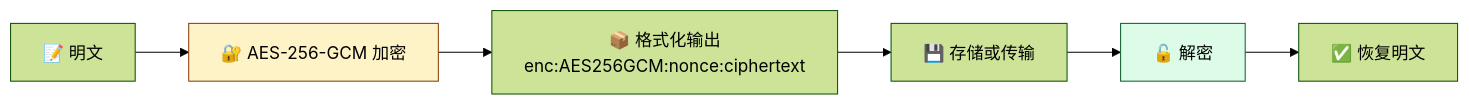
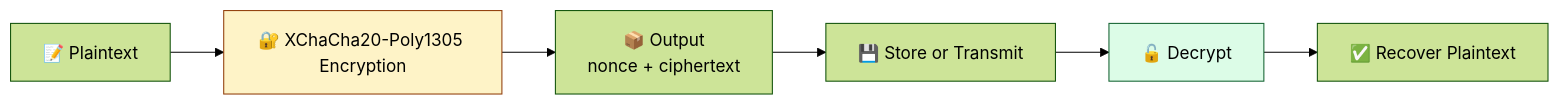
Before and after one commit to Kirky-X/confers: the third of 3 diagrams in docs/API_REFERENCE.md, drawn with Mermaid (forest theme). The commit also changed other lines of this file and 6 other files, not shown here.

````diff
--- a/docs/API_REFERENCE.md
+++ b/docs/API_REFERENCE.md
@@ -807,11 +691,11 @@
 ```mermaid
 graph LR
-    A[📝 明文] --> B[🔐 AES-256-GCM 加密]
-    B --> C[📦 格式化输出<br/>enc:AES256GCM:nonce:ciphertext]
-    C --> D[💾 存储或传输]
-    D --> E[🔓 解密]
-    E --> F[✅ 恢复明文]
-    
+    A[📝 Plaintext] --> B[🔐 XChaCha20-Poly1305 Encryption]
+    B --> C[📦 Output<br/>nonce + ciphertext]
+    C --> D[💾 Store or Transmit]
+    D --> E[🔓 Decrypt]
+    E --> F[✅ Recover Plaintext]
+
     style B fill:#FEF3C7,stroke:#92400E
     style E fill:#DCFCE7,stroke:#166534
 ```
````
